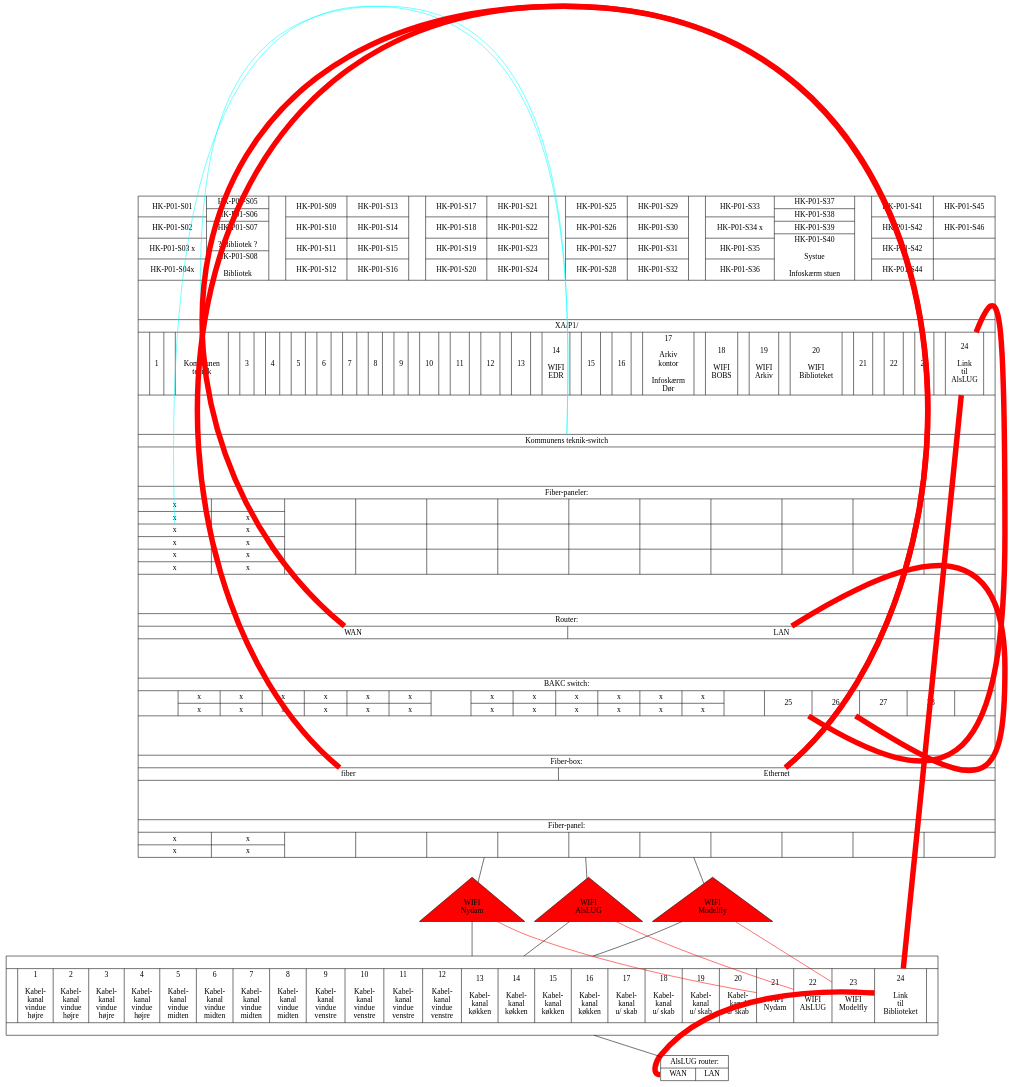
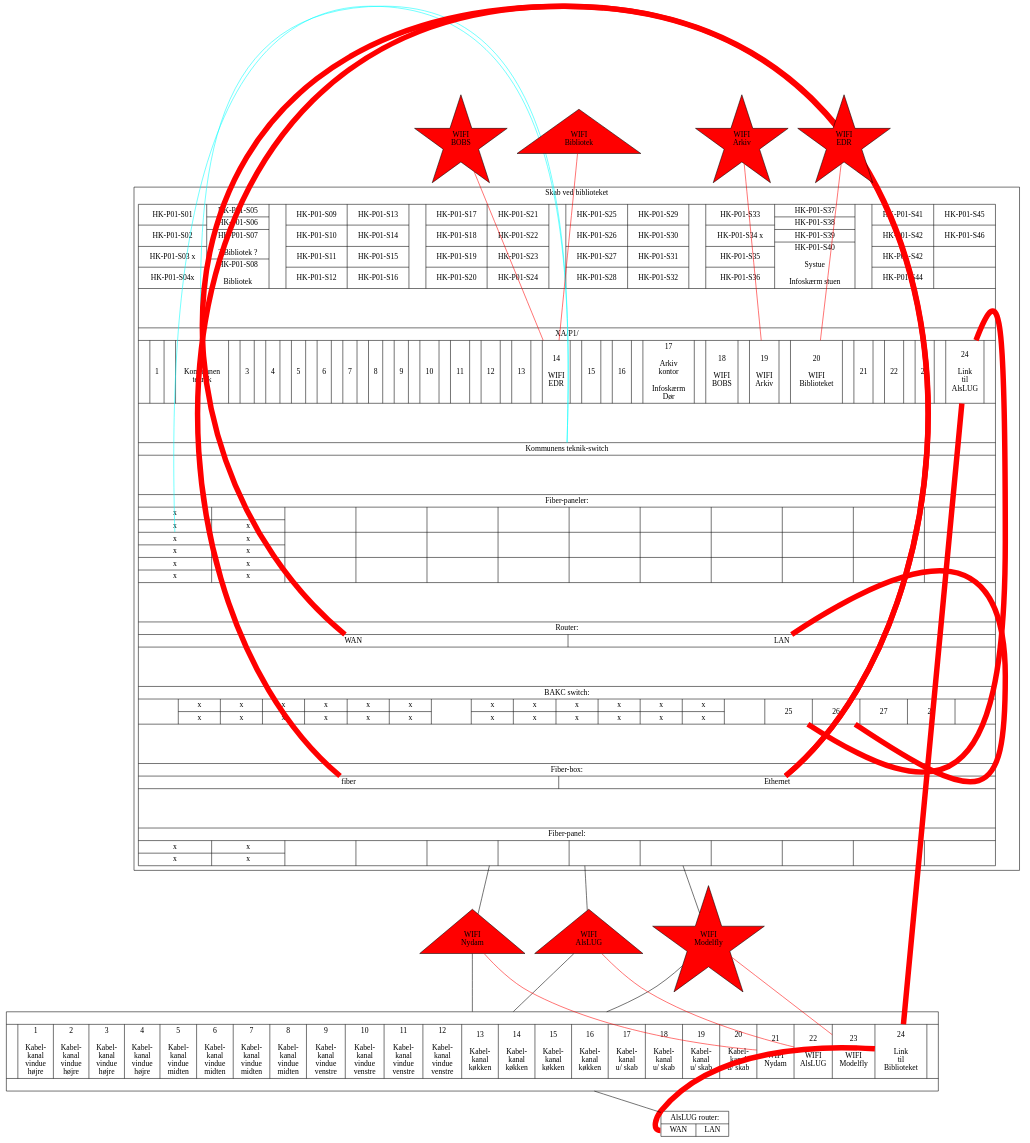
The diagram in projekter/patch-paneler.dot (alslug/alslug.dk), drawn with Graphviz before and after one commit.

```diff
--- a/projekter/patch-paneler.dot
+++ b/projekter/patch-paneler.dot
@@ -1,7 +1,8 @@
 digraph xxx {
   edge [ dir=none ];
-  subgraph bi_skab_cluster {
+  subgraph cluster_bi_skab {
   	label = "Skab ved biblioteket";
+	
   	bib_skab;
   }
   bib_skab [ shape=record label="{
@@ -206,13 +207,28 @@
   alslug_router [ shape=record label="{AlsLUG router:|{<wan> WAN|<lan> LAN}}" ];
   bib_skab:stofabox_ethernet -> bib_skab:route_wan [ color=red penwidth=10 ];
   bib_skab:router_lan -> bib_skab:switch_26 [ color=red penwidth=10 ];
-  wifi_nydam [ shape=triangle style=filled fillcolor=red label="WIFI\nNydam" ];
-  wifi_nydam -> alslug_patch:21 [ color=red penwidth=1 ];
-  wifi_alslug [ shape=triangle style=filled fillcolor=red label="WIFI\nAlsLUG" ];
-  wifi_alslug -> alslug_patch:22 [ color=red penwidth=1 ];
-  wifi_modelfly [ shape=triangle style=filled fillcolor=red label="WIFI\nModelfly" ];
-  wifi_modelfly -> alslug_patch:23 [ color=red penwidth=1 ];
-  bib_skab:switch_25 -> bib_skab:xa_p1_24 -> alslug_patch:24 -> alslug_router:wan [ color=red penwidth=10 ];
+
+  {
+    node [shape=star];
+    edge [];
+    wifi_bobs [ style=filled fillcolor=red label="WIFI\nBOBS" ];
+    wifi_bobs -> bib_skab:xa_p1_14 [ color=red penwidth=1 ];
+    wifi_arkiv [ style=filled fillcolor=red label="WIFI\nArkiv" ];
+    wifi_arkiv -> bib_skab:xa_p1_19 [ color=red penwidth=1 ];
+    wifi_modelfly [ style=filled fillcolor=red label="WIFI\nModelfly" ];
+    wifi_modelfly -> alslug_patch:23 [ color=red penwidth=1 ];
+    wifi_edr [ style=filled fillcolor=red label="WIFI\nEDR" ];
+    wifi_edr -> bib_skab:xa_p1_20 [ color=red penwidth=1 ];
+
+    wifi_bib [ shape=triangle style=filled fillcolor=red label="WIFI\nBibliotek" ];
+    wifi_bib -> bib_skab:xa_p1_14 [ color=red penwidth=1 ];
+    wifi_alslug [ shape=triangle style=filled fillcolor=red label="WIFI\nAlsLUG" ];
+    wifi_alslug -> alslug_patch:22 [ color=red penwidth=1 ];
+    wifi_nydam [ shape=triangle style=filled fillcolor=red label="WIFI\nNydam" ];
+    wifi_nydam -> alslug_patch:21 [ color=red penwidth=1 ];
+  }
+
+bib_skab:switch_25 -> bib_skab:xa_p1_24 -> alslug_patch:24 -> alslug_router:wan [ color=red penwidth=10 ];
   
   bib_skab -> { wifi_alslug wifi_nydam wifi_modelfly} -> alslug_patch -> { alslug_router };
 }
```
